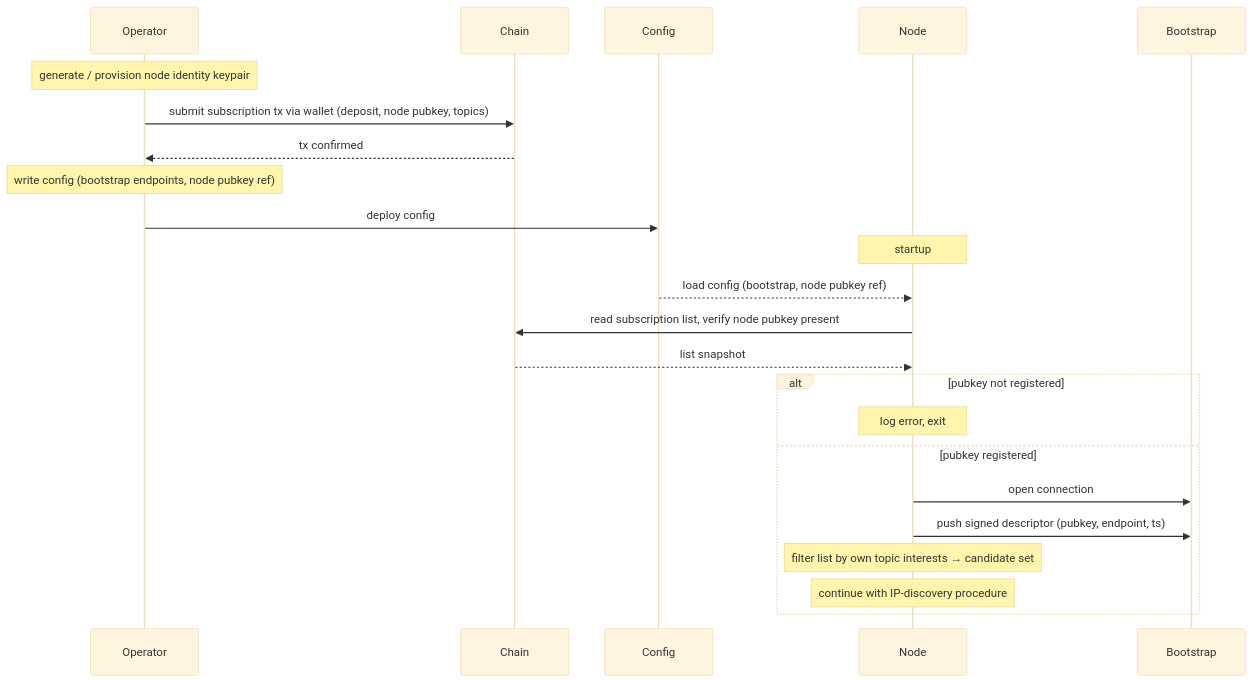
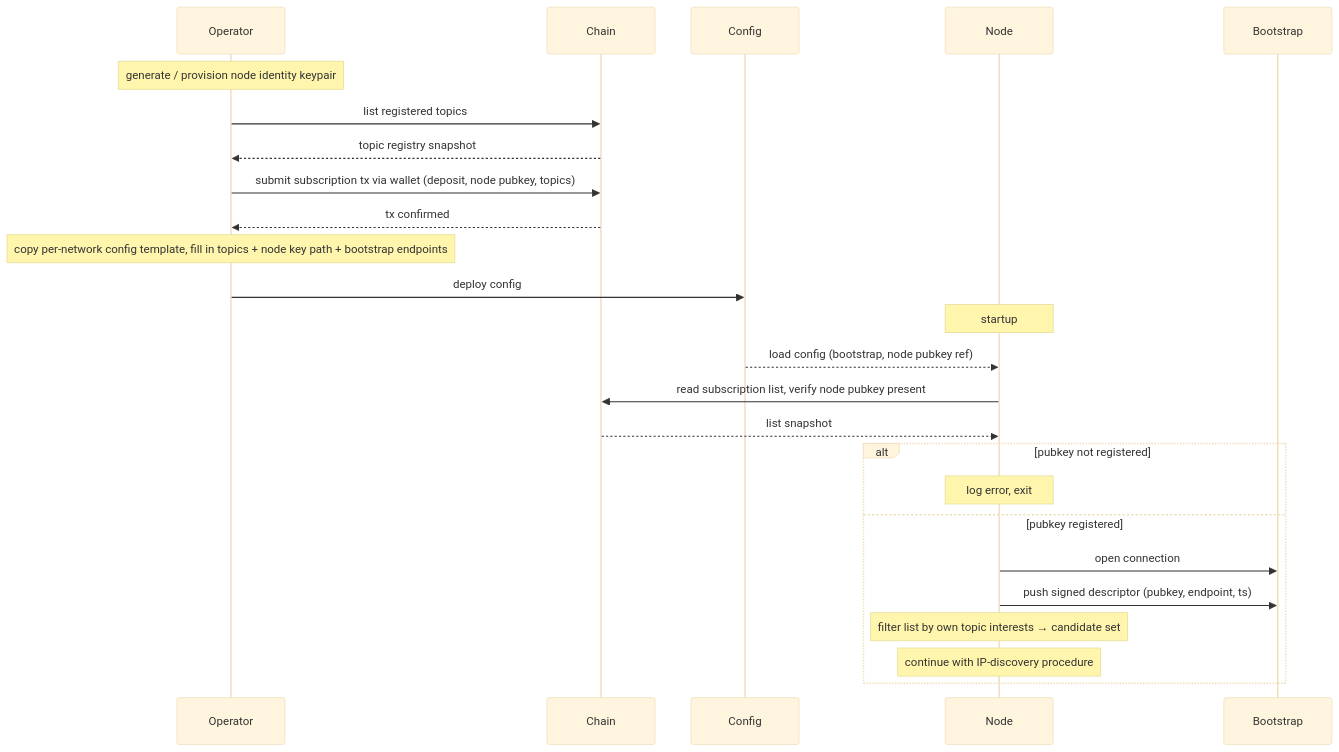
The diagram in docs/node-lifecycle/joining.md (input-output-hk/pubsub), drawn with Mermaid (base theme) before and after one commit. The commit also changed other lines of this file, not shown here.

First line of the commit message:
docs(node-lifecycle): add topics-list step, per-network config templates

````diff
--- a/docs/node-lifecycle/joining.md
+++ b/docs/node-lifecycle/joining.md
@@ -28,27 +29,29 @@
 ```mermaid
 sequenceDiagram
     participant Operator
     participant Chain
     participant Config
     participant Node
     participant Bootstrap
 
     Note over Operator: generate / provision node identity keypair
+    Operator->>Chain: list registered topics
+    Chain-->>Operator: topic registry snapshot
     Operator->>Chain: submit subscription tx via wallet (deposit, node pubkey, topics)
     Chain-->>Operator: tx confirmed
-    Note over Operator: write config (bootstrap endpoints, node pubkey ref)
+    Note over Operator: copy per-network config template, fill in topics + node key path + bootstrap endpoints
     Operator->>Config: deploy config
 
     Note over Node: startup
     Config-->>Node: load config (bootstrap, node pubkey ref)
     Node->>Chain: read subscription list, verify node pubkey present
     Chain-->>Node: list snapshot
     alt pubkey not registered
         Note over Node: log error, exit
     else pubkey registered
         Node->>Bootstrap: open connection
         Node->>Bootstrap: push signed descriptor (pubkey, endpoint, ts)
         Note over Node: filter list by own topic interests → candidate set
         Note over Node: continue with IP-discovery procedure
     end
 ```
````
